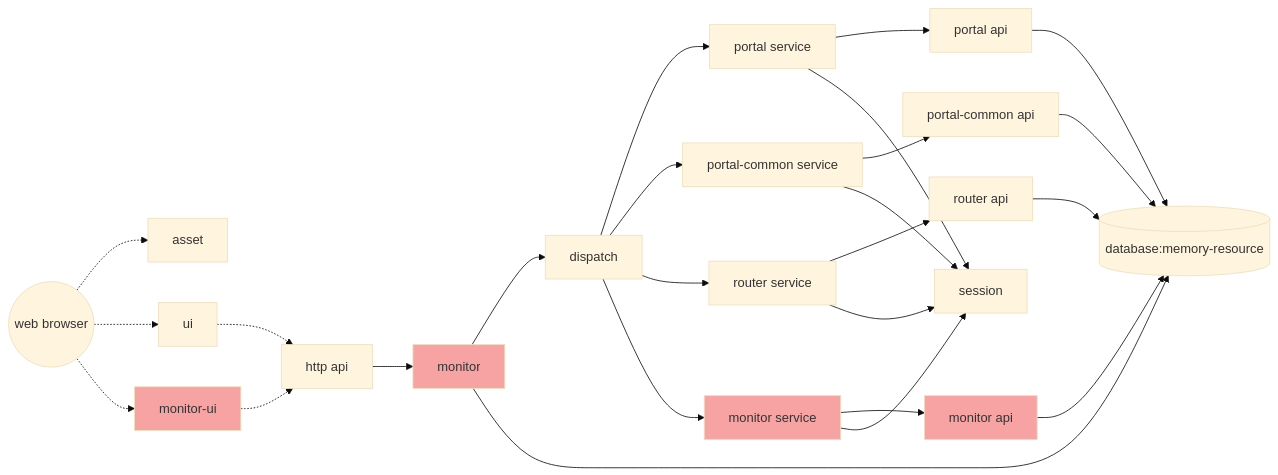
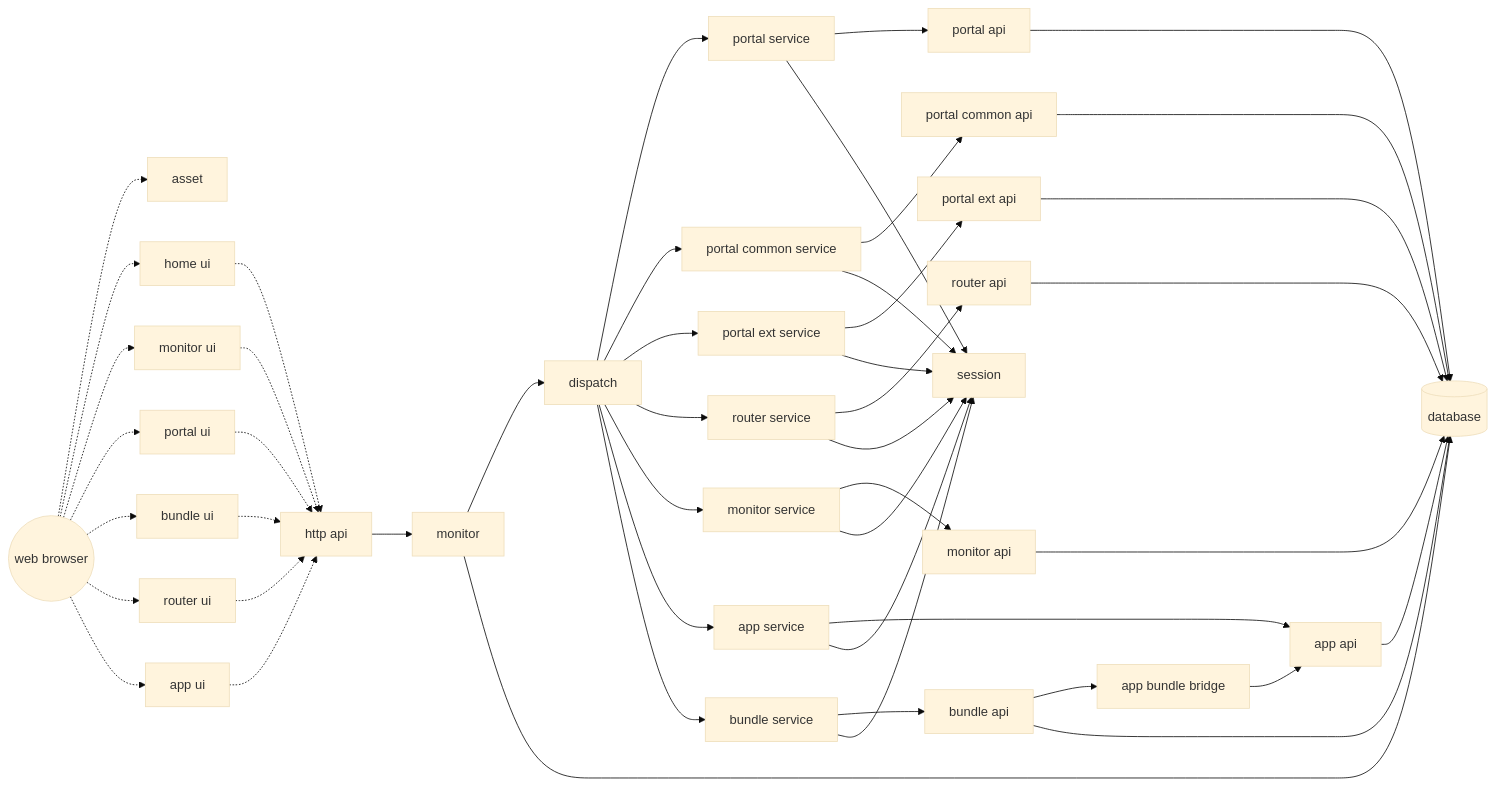
The diagram in docs/zh/3.4-how-to-control.md (jekler/eight), drawn with Mermaid (base theme) before and after one commit. The commit also changed 7 other files, not shown here.

````diff
--- a/docs/zh/3.4-how-to-control.md
+++ b/docs/zh/3.4-how-to-control.md
@@ -100,28 +100,50 @@
 ```mermaid
 graph LR;
     A((web browser)) -.-> B[asset]
-    A -.-> C[ui]
-    A -.-> N[monitor-ui]:::insert
-    C -.-> D[http api]
+    A -.-> C[home ui]
+    C -.-> D[http api]      
+    A -.-> N[monitor ui]
     N -.-> D
-    D --> O[monitor]:::insert
+    A -.-> R[portal ui]
+    R -.-> D
+    A -.-> S[bundle ui]
+    S -.-> D    
+    A -.-> T[router ui]
+    T -.-> D 
+    A -.-> U[app ui]
+    U -.-> D     
+    D --> O[monitor]
     O --> E[dispatch]
     E --> F[portal service]
-    E --> G[portal-common service]
-    E --> H[router service]
-    E --> P[monitor service]:::insert 
+    E --> G[portal common service]
+    E --> Y[portal ext service]
+    E --> H[router service]    
+    E --> P[monitor service]
+    E --> V[app service]
+    E --> W[bundle service]           
     F --> I[portal api]
-    G --> J[portal-common api]
+    Y --> X[portal ext api]
+    G --> J[portal common api]
+    V --> Z[app api]
+    W --> a[bundle api] 
+    a --> b[app bundle bridge]
+    b --> Z  
     H --> K[router api]
     F --> L[session]
-    P --> Q[monitor api]:::insert 
+    P --> Q[monitor api]
     P --> L
     G --> L
     H --> L
-    I --> M[(database:memory-resource)]
+    Y --> L
+    V --> L
+    W --> L    
+    I --> M[(database)]
     J --> M
     K --> M
     Q --> M   
     O --> M 
+    Z --> M 
+    X --> M       
+    a --> M     
     classDef insert fill:#f8a3a3
 ```
````
